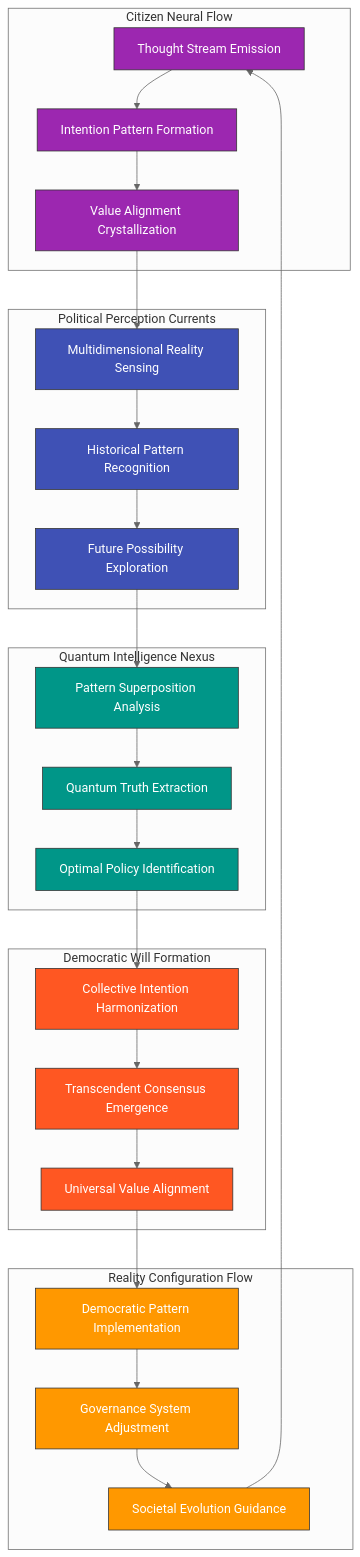
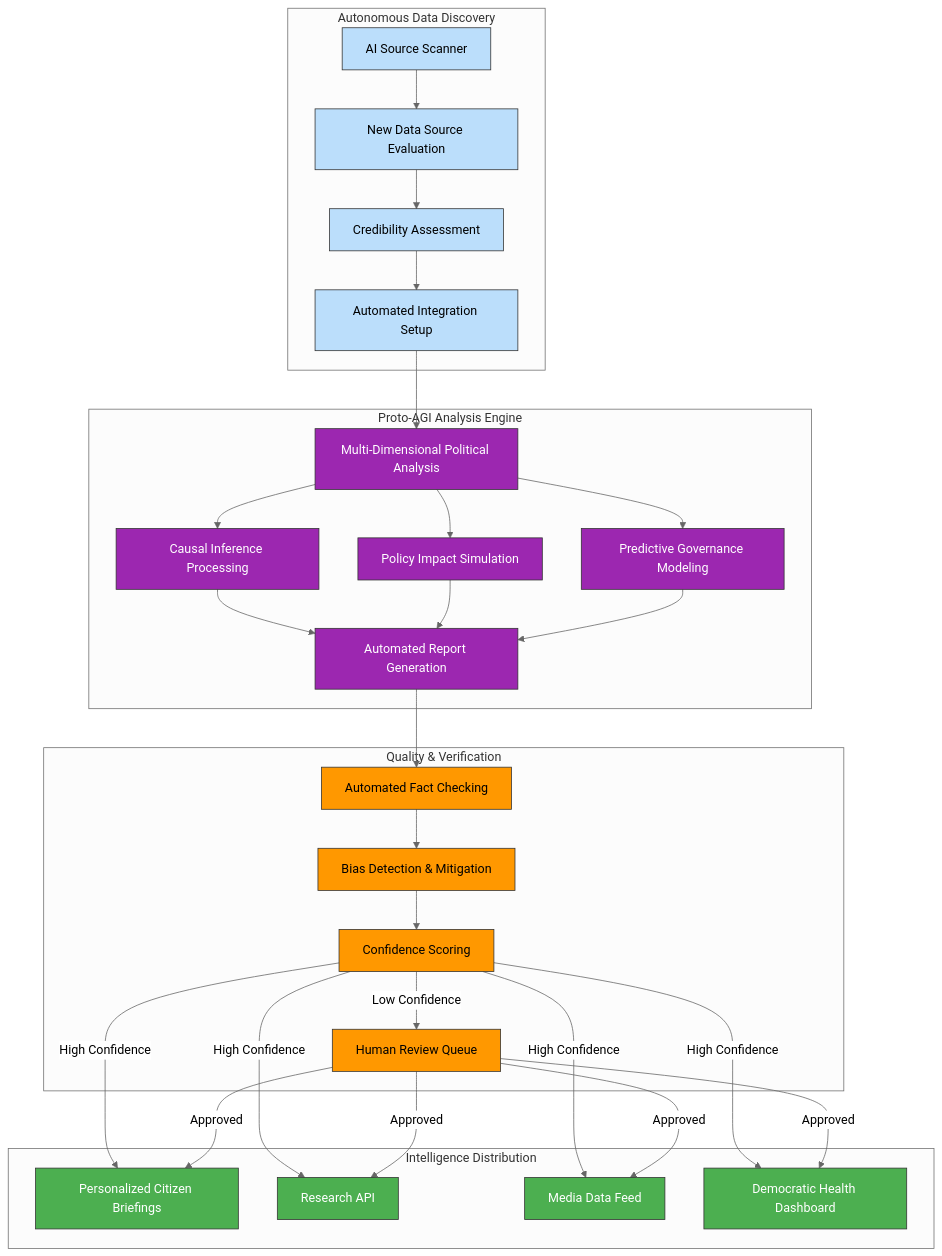
The fifth of 7 diagrams in FUTURE_FLOWCHART.md (Hack23/cia), drawn with Mermaid (neutral theme) before and after one commit. The commit also changed other lines of this file and 5 other files, not shown here.

Commit message:
docs: update FUTURE_ARCHITECTURE, FUTURE_DATA_MODEL, FUTURE_FLOWCHART, FUTURE_MINDMAP, FUTURE_STATEDIAGRAM, FUTURE_SWOT with 2026-2037 roadmap

````diff
--- a/FUTURE_FLOWCHART.md
+++ b/FUTURE_FLOWCHART.md
@@ -776,50 +271,51 @@
 ```mermaid
-flowchart TD
-    subgraph "Citizen Neural Flow"
-        CNF1[Thought Stream Emission]
-        CNF2[Intention Pattern Formation]
-        CNF3[Value Alignment Crystallization]
+flowchart TB
+    subgraph "Autonomous Data Discovery"
+        AD1[AI Source Scanner]
+        AD2[New Data Source Evaluation]
+        AD3[Credibility Assessment]
+        AD4[Automated Integration Setup]
     end
-    
-    subgraph "Political Perception Currents"
-        PPC1[Multidimensional Reality Sensing]
-        PPC2[Historical Pattern Recognition]
-        PPC3[Future Possibility Exploration]
+
+    subgraph "Proto-AGI Analysis Engine"
+        PA1[Multi-Dimensional Political Analysis]
+        PA2[Causal Inference Processing]
+        PA3[Policy Impact Simulation]
+        PA4[Predictive Governance Modeling]
+        PA5[Automated Report Generation]
     end
-    
-    subgraph "Quantum Intelligence Nexus"
-        QIN1[Pattern Superposition Analysis]
-        QIN2[Quantum Truth Extraction]
-        QIN3[Optimal Policy Identification]
+
+    subgraph "Quality & Verification"
+        QV1[Automated Fact Checking]
+        QV2[Bias Detection & Mitigation]
+        QV3[Confidence Scoring]
+        QV4[Human Review Queue]
     end
-    
-    subgraph "Democratic Will Formation"
-        DWF1[Collective Intention Harmonization]
-        DWF2[Transcendent Consensus Emergence]
-        DWF3[Universal Value Alignment]
+
+    subgraph "Intelligence Distribution"
+        ID1[Personalized Citizen Briefings]
+        ID2[Research API]
+        ID3[Media Data Feed]
+        ID4[Democratic Health Dashboard]
     end
-    
-    subgraph "Reality Configuration Flow"
-        RCF1[Democratic Pattern Implementation]
-        RCF2[Governance System Adjustment]
-        RCF3[Societal Evolution Guidance]
-    end
-    
-    CNF1 --> CNF2 --> CNF3 --> PPC1
-    PPC1 --> PPC2 --> PPC3 --> QIN1
-    QIN1 --> QIN2 --> QIN3 --> DWF1
-    DWF1 --> DWF2 --> DWF3 --> RCF1
-    RCF1 --> RCF2 --> RCF3 --> CNF1
-    
-    classDef neural fill:#9C27B0,stroke:#333,stroke-width:1px,color:white
-    classDef perception fill:#3F51B5,stroke:#333,stroke-width:1px,color:white
-    classDef quantum fill:#009688,stroke:#333,stroke-width:1px,color:white
-    classDef will fill:#FF5722,stroke:#333,stroke-width:1px,color:white
-    classDef reality fill:#FF9800,stroke:#333,stroke-width:1px,color:white
-    
-    class CNF1,CNF2,CNF3 neural
-    class PPC1,PPC2,PPC3 perception
-    class QIN1,QIN2,QIN3 quantum
-    class DWF1,DWF2,DWF3 will
-    class RCF1,RCF2,RCF3 reality
+
+    AD1 --> AD2 --> AD3 --> AD4
+    AD4 --> PA1
+    PA1 --> PA2 & PA3 & PA4
+    PA2 & PA3 & PA4 --> PA5
+
+    PA5 --> QV1 --> QV2 --> QV3
+    QV3 -->|Low Confidence| QV4
+    QV3 -->|High Confidence| ID1 & ID2 & ID3 & ID4
+    QV4 -->|Approved| ID1 & ID2 & ID3 & ID4
+
+    classDef discovery fill:#bbdefb,stroke:#333,stroke-width:1px,color:black
+    classDef agi fill:#9C27B0,stroke:#333,stroke-width:1px,color:white
+    classDef verify fill:#FF9800,stroke:#333,stroke-width:1px,color:black
+    classDef distribute fill:#4CAF50,stroke:#333,stroke-width:1px,color:white
+
+    class AD1,AD2,AD3,AD4 discovery
+    class PA1,PA2,PA3,PA4,PA5 agi
+    class QV1,QV2,QV3,QV4 verify
+    class ID1,ID2,ID3,ID4 distribute
 ```
````
